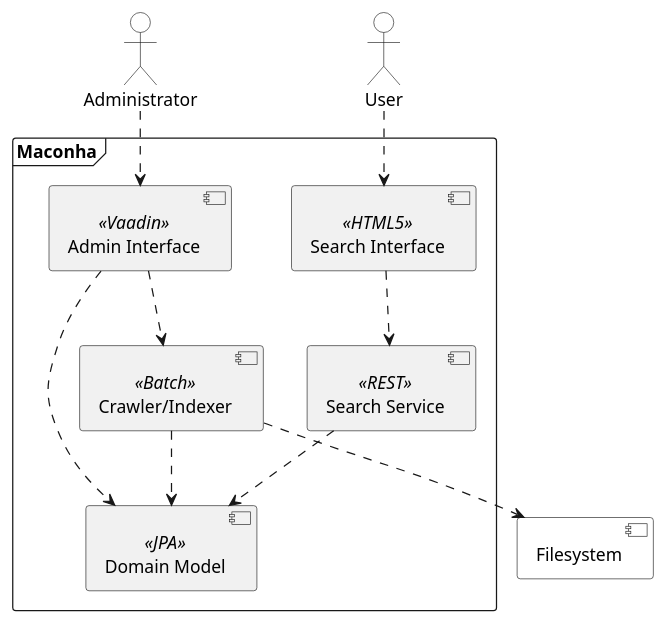
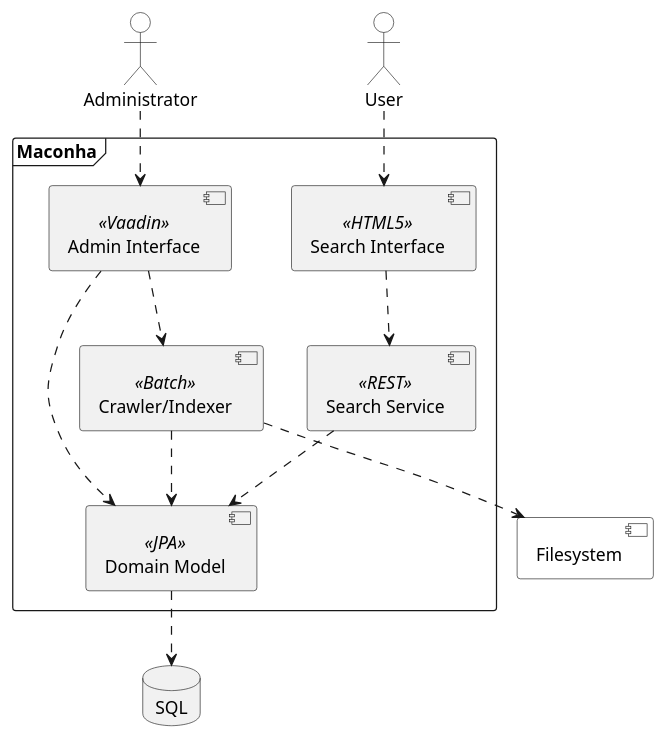
One commit to Weltraumschaf/maconha changed the diagram in src/site/resources/plantuml/components_level_1.puml. Above: the diagram before and after it, drawn with PlantUML. The commit also changed 3 other files, not shown here.

```diff
--- a/src/site/resources/plantuml/components_level_1.puml
+++ b/src/site/resources/plantuml/components_level_1.puml
@@ -1,26 +1,28 @@
 @startuml
 skinparam componentStyle uml2
 
 [Filesystem] #White
 :Administrator: #White
 :User: #White
+database SQL
 
 frame Maconha {
     [Admin Interface] as webadmin <<Vaadin>>
     [Search Interface] as searchui <<HTML5>>
     [Search Service] as search <<REST>>
     [Domain Model] as model <<JPA>>
     [Crawler/Indexer] as crawler <<Batch>>
 
     searchui ..> search
     crawler ..> model
     search ..> model
     webadmin ..> model
     webadmin ..> crawler
 }
 
 Administrator ..> webadmin
 User ..> searchui
 crawler ..> Filesystem
+model ..> SQL
 
 @enduml
```
